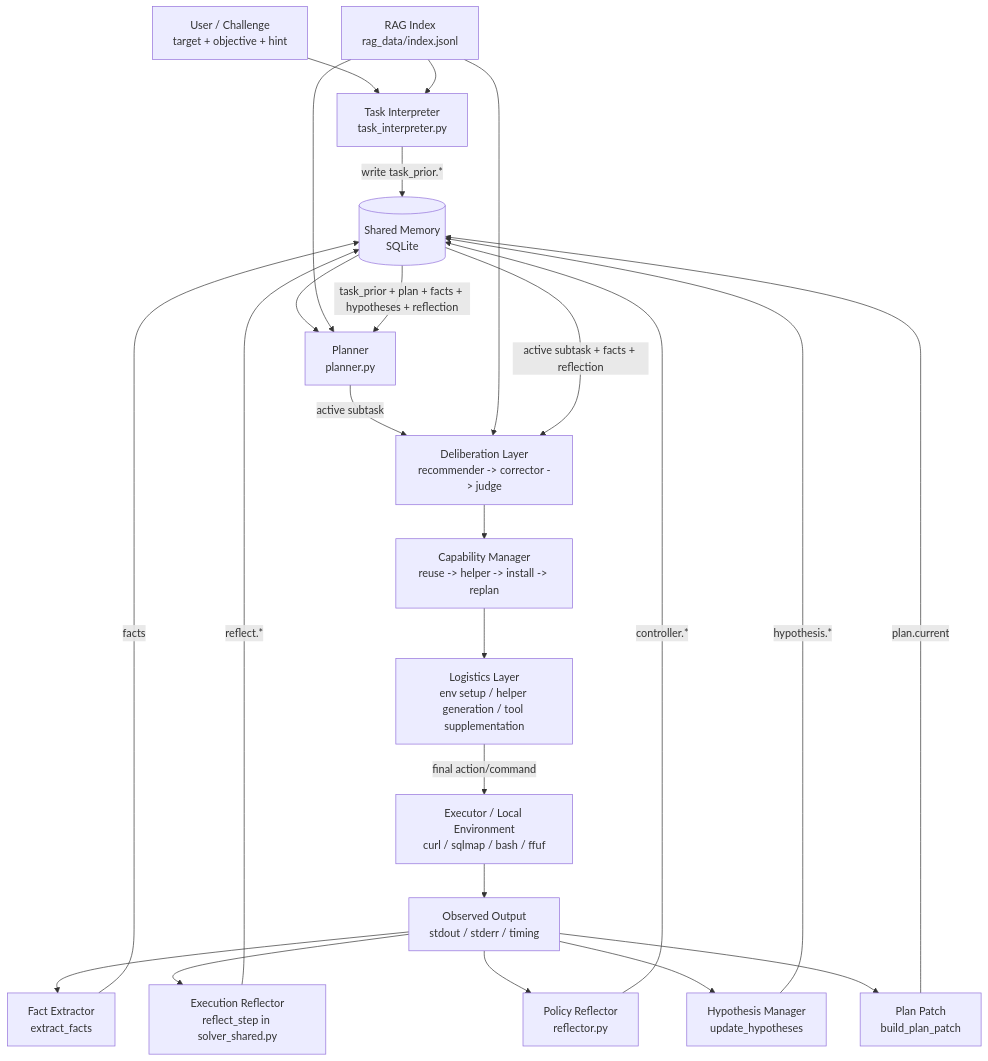
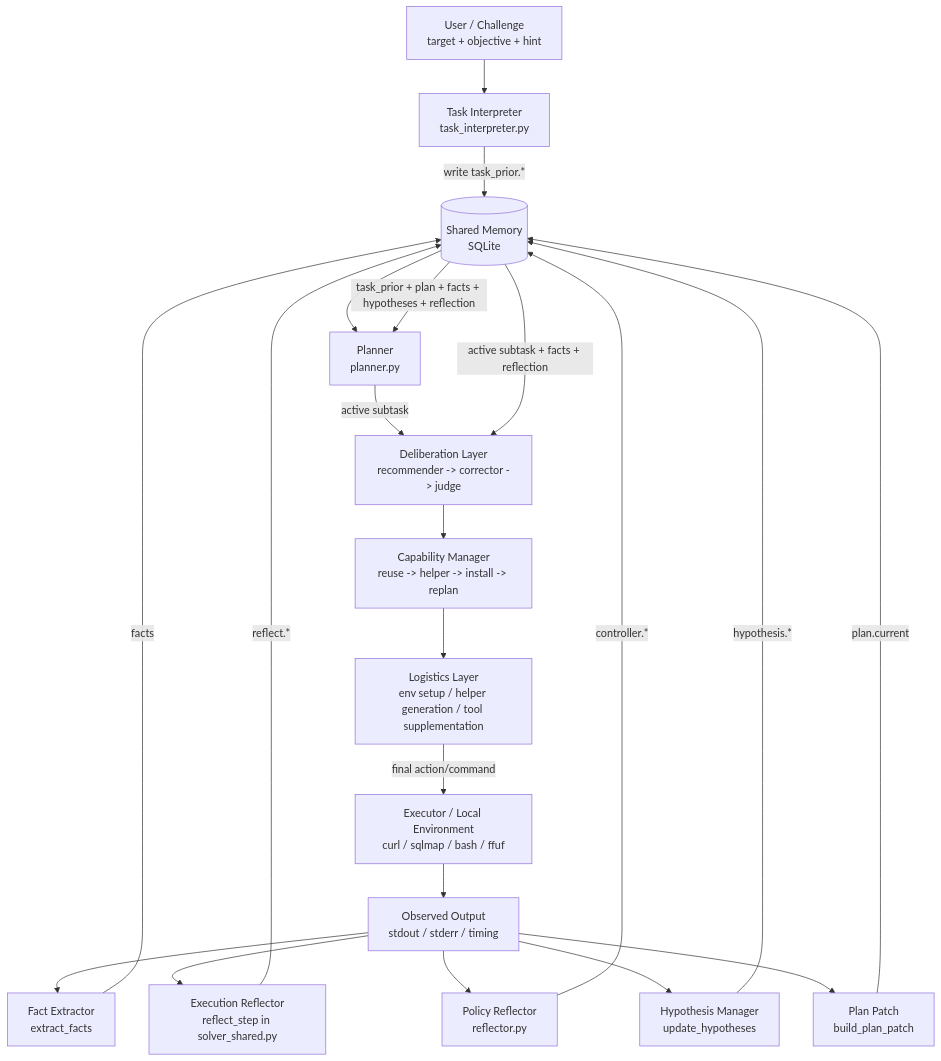
Before and after one commit to Dremig/Mako: the diagram in README.md, drawn with Mermaid. The commit also changed other lines of this file and 55 other files, not shown here.

````diff
--- a/README.md
+++ b/README.md
@@ -164,30 +188,26 @@
 ```mermaid
 flowchart TD
     U[User / Challenge<br/>target + objective + hint] --> I[Task Interpreter<br/>task_interpreter.py]
     I -->|write task_prior.*| M[(Shared Memory<br/>SQLite)]
     M --> P[Planner<br/>planner.py]
 
     P -->|active subtask| S[Deliberation Layer<br/>recommender -> corrector -> judge]
-    D[RAG Index<br/>rag_data/index.jsonl] --> I
-    D --> P
-    D --> S
-
     S --> C[Capability Manager<br/>reuse -> helper -> install -> replan]
     C --> L[Logistics Layer<br/>env setup / helper generation / tool supplementation]
     L -->|final action/command| E[Executor / Local Environment<br/>curl / sqlmap / bash / ffuf]
     E --> O[Observed Output<br/>stdout / stderr / timing]
 
     O --> F[Fact Extractor<br/>extract_facts]
     O --> R1[Execution Reflector<br/>reflect_step in solver_shared.py]
     O --> R2[Policy Reflector<br/>reflector.py]
     O --> H[Hypothesis Manager<br/>update_hypotheses]
     O --> PP[Plan Patch<br/>build_plan_patch]
 
     F -->|facts| M
     R1 -->|reflect.*| M
     R2 -->|controller.*| M
     H -->|hypothesis.*| M
     PP -->|plan.current| M
     M -->|task_prior + plan + facts + hypotheses + reflection| P
     M -->|active subtask + facts + reflection| S
 ```
````
